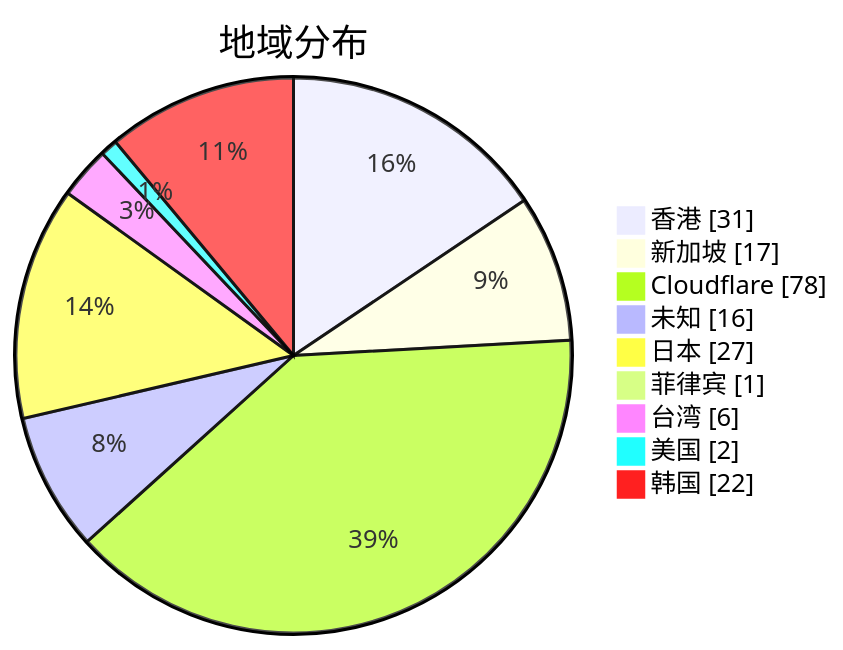
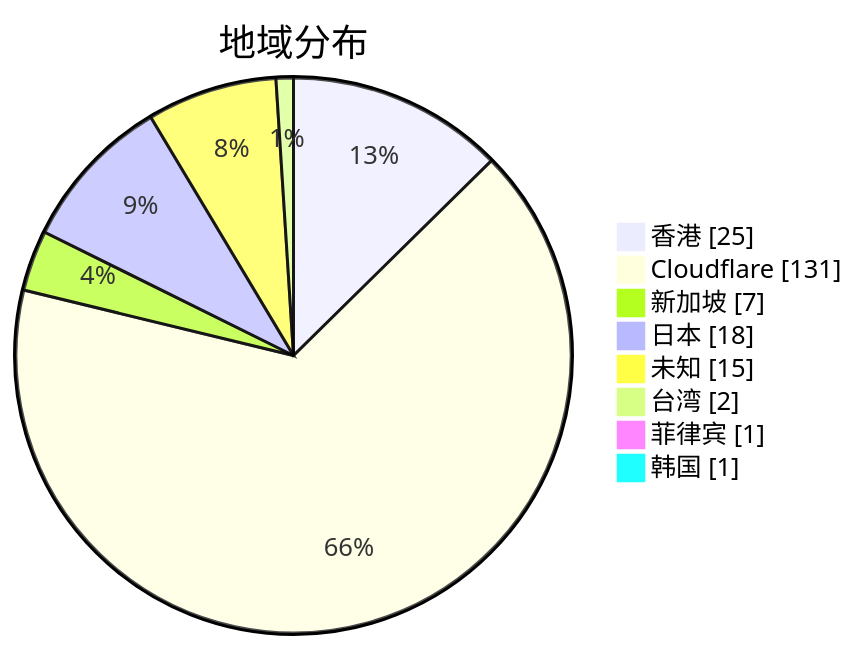
Before and after one commit to qjlxg/airport: the second of 3 diagrams in subs/statistics/tested_within.md, drawn with Mermaid. The commit also changed other lines of this file and 2 other files, not shown here.

````diff
--- a/subs/statistics/tested_within.md
+++ b/subs/statistics/tested_within.md
@@ -12,13 +12,12 @@
 ```mermaid
 pie showData
 title 地域分布
-"香港" : 31
-"新加坡" : 17
-"Cloudflare" : 78
-"未知" : 16
-"日本" : 27
+"香港" : 25
+"Cloudflare" : 131
+"新加坡" : 7
+"日本" : 18
+"未知" : 15
+"台湾" : 2
 "菲律宾" : 1
-"台湾" : 6
-"美国" : 2
-"韩国" : 22
+"韩国" : 1
 ```
````
